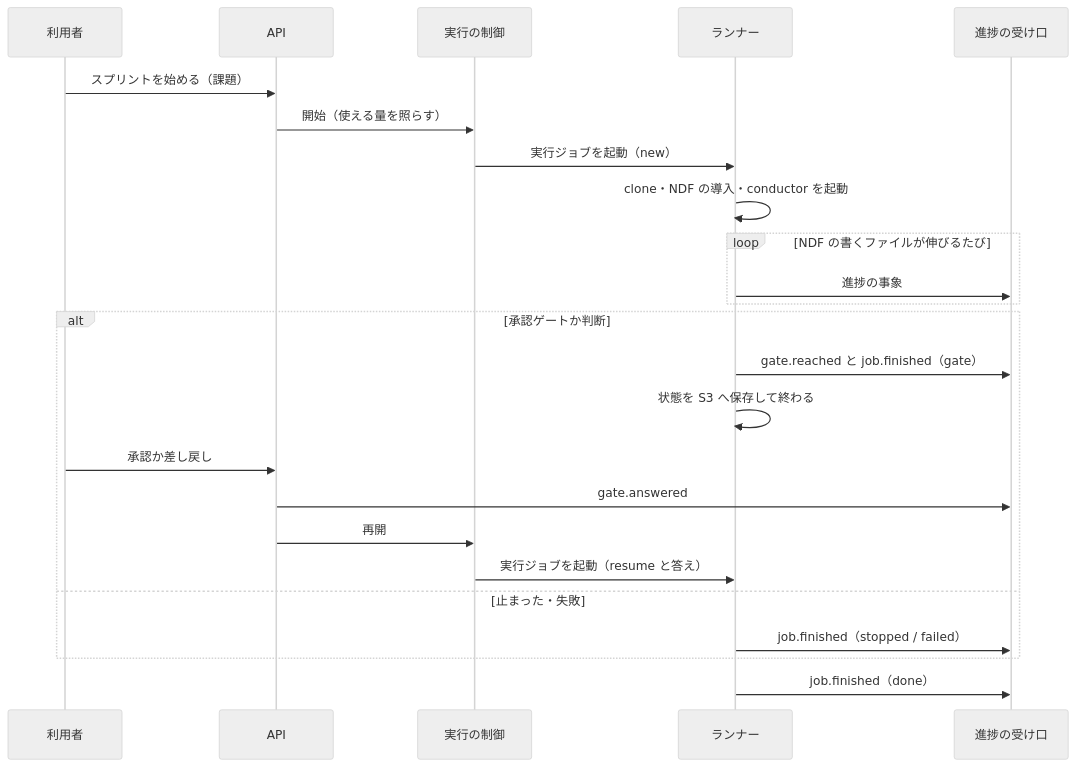
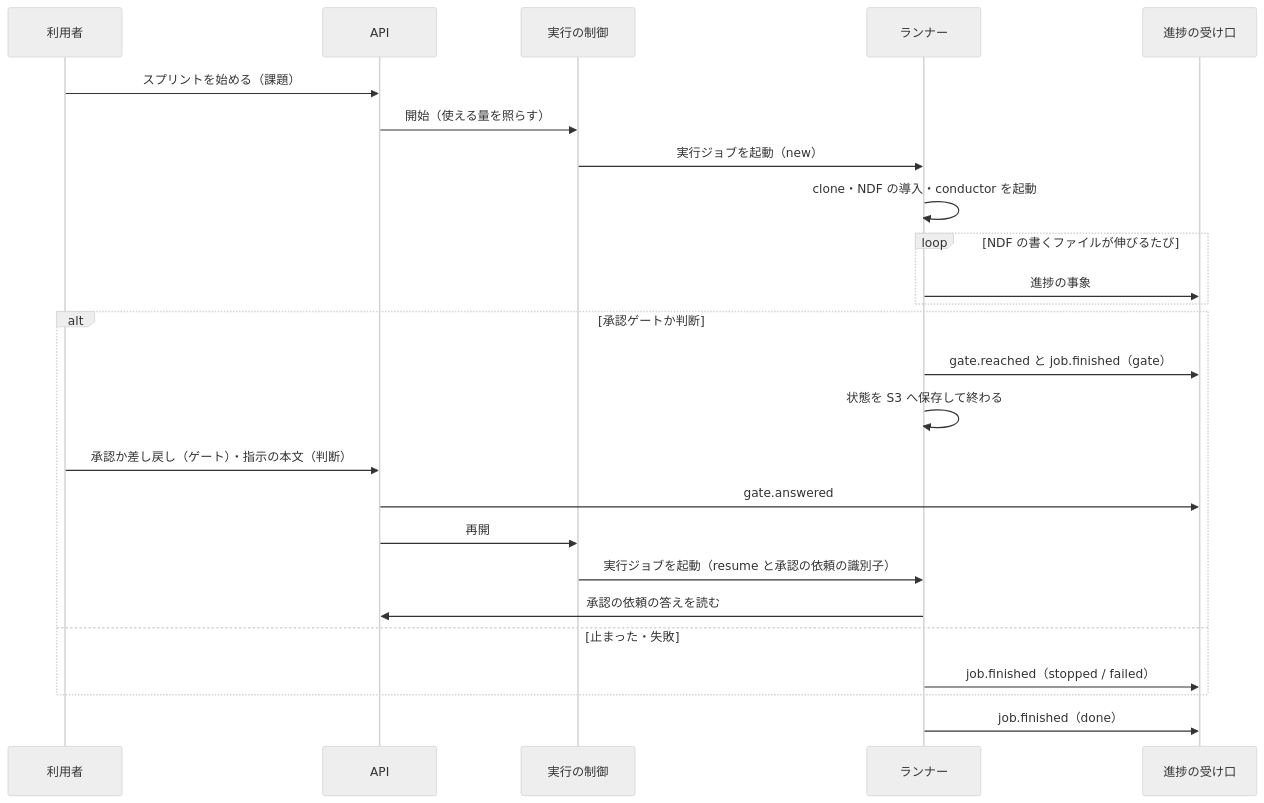
Before and after one commit to devbasex/ai-plugins: the sixth of 7 diagrams in issues/issue-2169-design.md, drawn with Mermaid (neutral theme). The commit also changed other lines of this file, not shown here.

````diff
--- a/issues/issue-2169-design.md
+++ b/issues/issue-2169-design.md
@@ -381,26 +405,27 @@
 ```mermaid
 sequenceDiagram
     participant U as 利用者
     participant A as API
     participant C as 実行の制御
     participant R as ランナー
     participant I as 進捗の受け口
     U->>A: スプリントを始める（課題）
     A->>C: 開始（使える量を照らす）
     C->>R: 実行ジョブを起動（new）
     R->>R: clone・NDF の導入・conductor を起動
     loop NDF の書くファイルが伸びるたび
         R->>I: 進捗の事象
     end
     alt 承認ゲートか判断
         R->>I: gate.reached と job.finished（gate）
         R->>R: 状態を S3 へ保存して終わる
-        U->>A: 承認か差し戻し
+        U->>A: 承認か差し戻し（ゲート）・指示の本文（判断）
         A->>I: gate.answered
         A->>C: 再開
-        C->>R: 実行ジョブを起動（resume と答え）
+        C->>R: 実行ジョブを起動（resume と承認の依頼の識別子）
+        R->>A: 承認の依頼の答えを読む
     else 止まった・失敗
         R->>I: job.finished（stopped / failed）
     end
     R->>I: job.finished（done）
 ```
````
